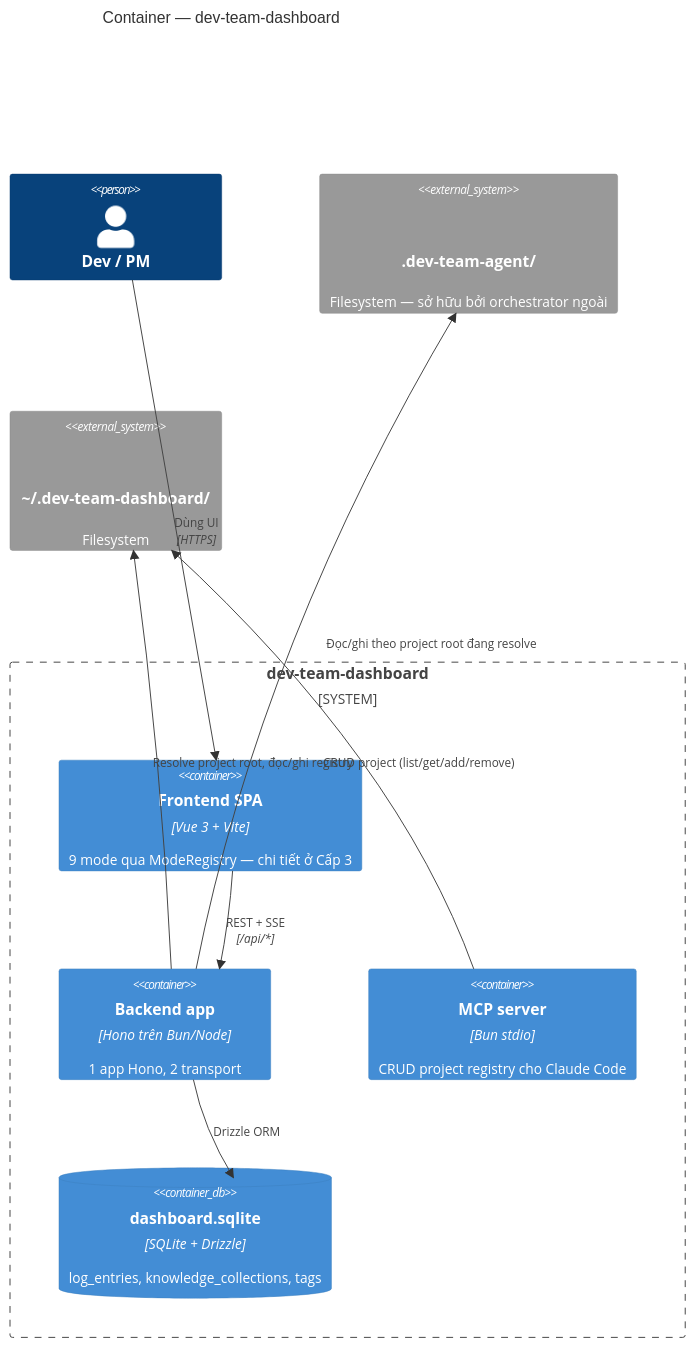
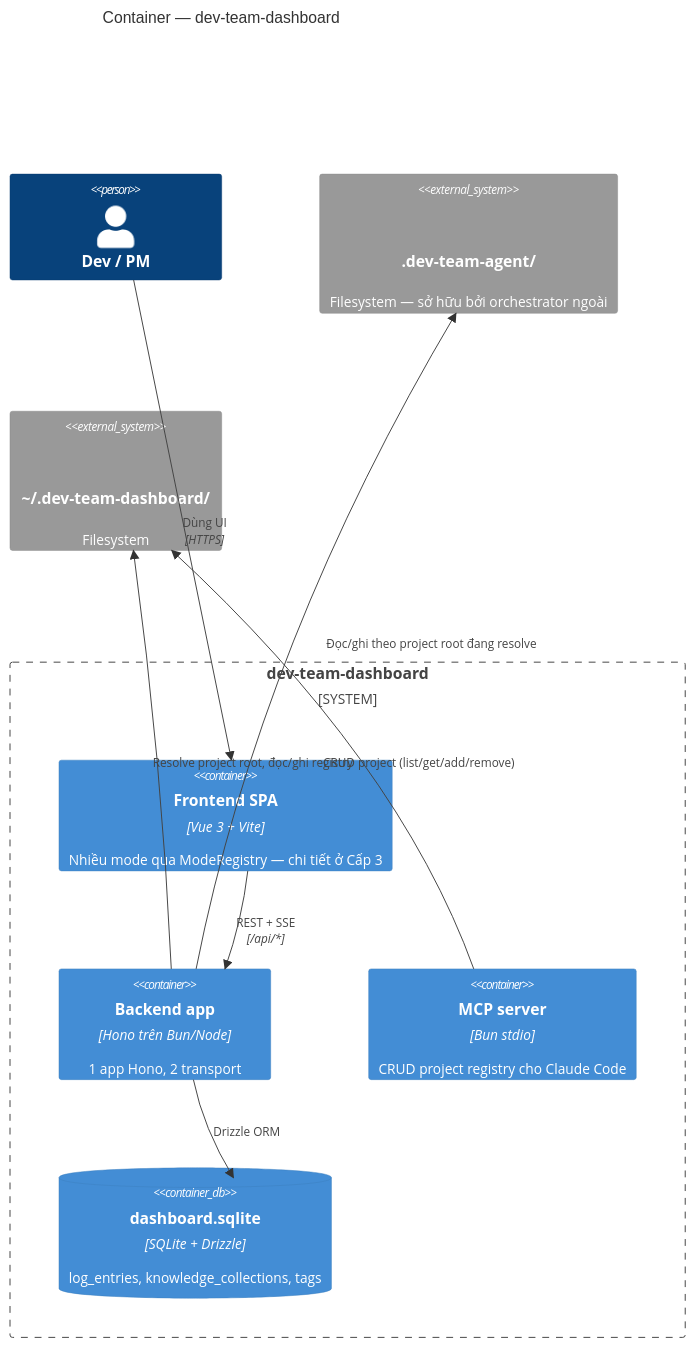
Before and after one commit to naut1402/agent-workflow: the diagram in docs/architecture/2-container/README.md, drawn with Mermaid. The commit also changed other lines of this file and 3 other files, not shown here.

First line of the commit message:
docs: bỏ liệt kê số/file cụ thể dễ lỗi thời trong docs/architecture

````diff
--- a/docs/architecture/2-container/README.md
+++ b/docs/architecture/2-container/README.md
@@ -5,20 +5,20 @@
 ```mermaid
 C4Container
   title Container — dev-team-dashboard
   Person(user, "Dev / PM")
   System_Boundary(dashboard, "dev-team-dashboard") {
-    Container(spa, "Frontend SPA", "Vue 3 + Vite", "9 mode qua ModeRegistry — chi tiết ở Cấp 3")
+    Container(spa, "Frontend SPA", "Vue 3 + Vite", "Nhiều mode qua ModeRegistry — chi tiết ở Cấp 3")
     Container(backend, "Backend app", "Hono trên Bun/Node", "1 app Hono, 2 transport")
     Container(mcp, "MCP server", "Bun stdio", "CRUD project registry cho Claude Code")
     ContainerDb(sqlite, "dashboard.sqlite", "SQLite + Drizzle", "log_entries, knowledge_collections, tags")
   }
   System_Ext(dataRoot, ".dev-team-agent/", "Filesystem — sở hữu bởi orchestrator ngoài", "state, artifact, config, knowledge")
   System_Ext(registryHome, "~/.dev-team-dashboard/", "Filesystem", "projects.json + dashboard.sqlite")
 
   Rel(user, spa, "Dùng UI", "HTTPS")
   Rel(spa, backend, "REST + SSE", "/api/*")
   Rel(backend, dataRoot, "Đọc/ghi theo project root đang resolve")
   Rel(backend, sqlite, "Drizzle ORM")
   Rel(backend, registryHome, "Resolve project root, đọc/ghi registry")
   Rel(mcp, registryHome, "CRUD project (list/get/add/remove)")
 ```
````
